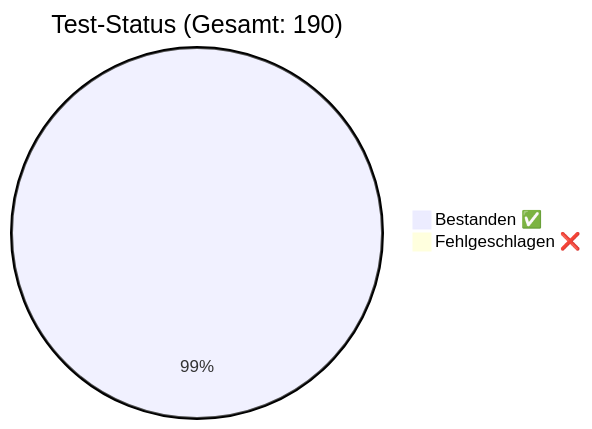
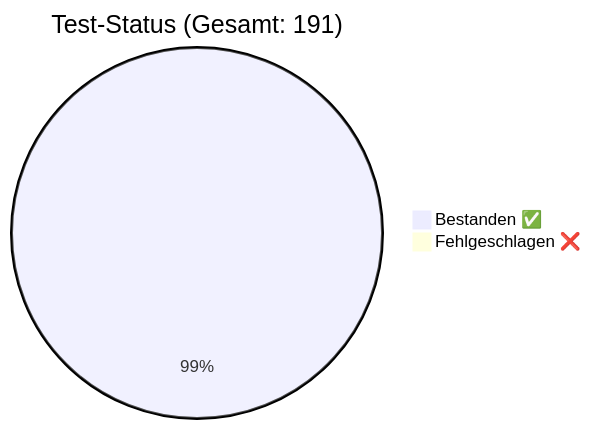
Before and after one commit to rorila/GCS: the diagram in docs/QA_Report.md, drawn with Mermaid. The commit also changed other lines of this file and 19 other files, not shown here.

````diff
--- a/docs/QA_Report.md
+++ b/docs/QA_Report.md
@@ -7,5 +7,5 @@
 ```mermaid
-pie title Test-Status (Gesamt: 190)
-    "Bestanden ✅" : 189
+pie title Test-Status (Gesamt: 191)
+    "Bestanden ✅" : 190
     "Fehlgeschlagen ❌" : 1
 ```
````
